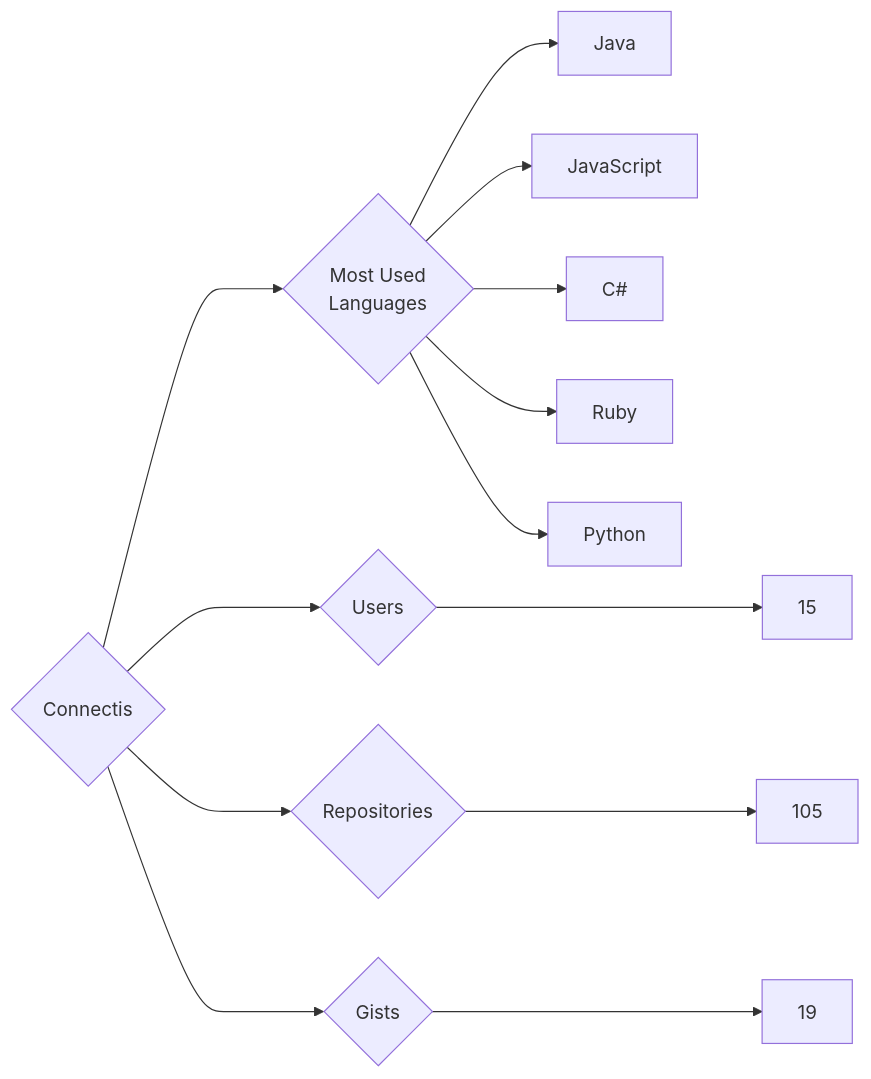
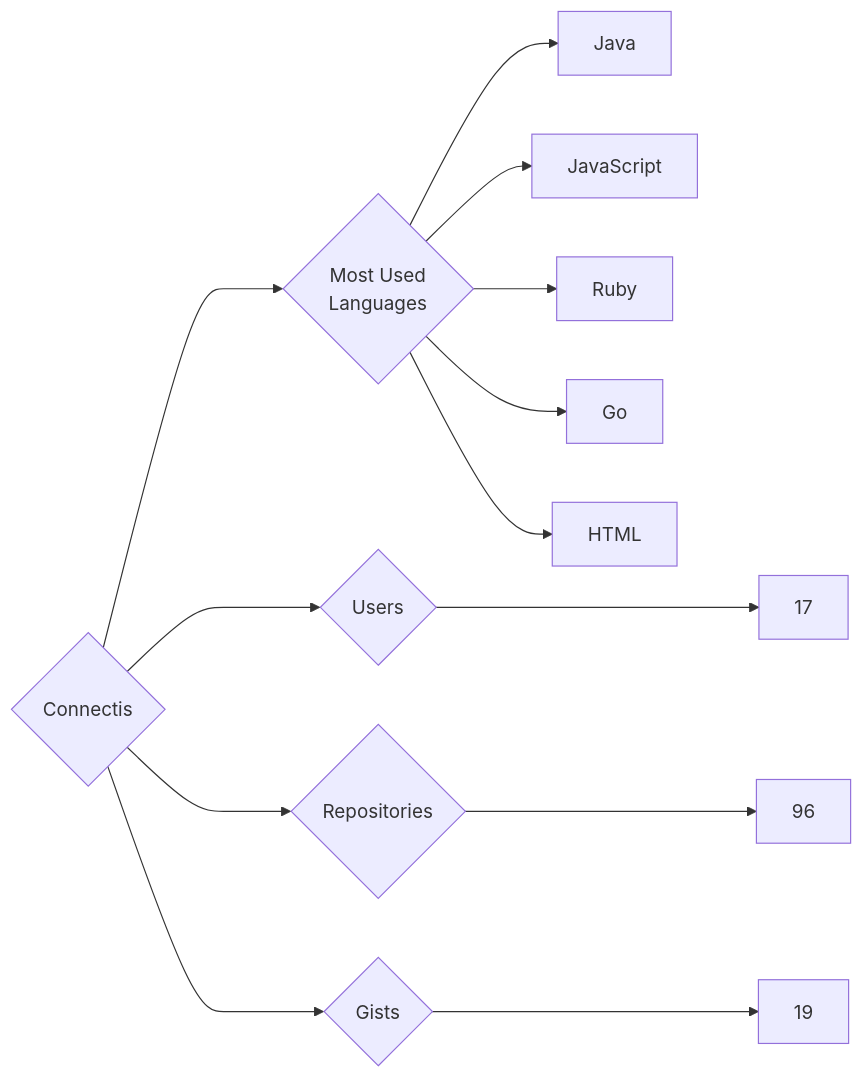
One commit to trickest/insiders changed the diagram in targets/Connectis/README.md. Above: the diagram before and after it, drawn with Mermaid. The commit also changed 916 other files, not shown here.

````diff
--- a/targets/Connectis/README.md
+++ b/targets/Connectis/README.md
@@ -3,13 +3,13 @@
 ```mermaid
 graph LR
 COMPANY_NAME{Connectis}
-COMPANY_NAME ---> U{Users} ---> UN[15]
-COMPANY_NAME ---> R{Repositories} ---> RN[105]
+COMPANY_NAME ---> U{Users} ---> UN[17]
+COMPANY_NAME ---> R{Repositories} ---> RN[96]
 COMPANY_NAME ---> G{Gists} ---> GN[19]
 COMPANY_NAME ---> ML{Most Used<br>Languages}
 ML --> Java[Java]
 ML --> JavaScript[JavaScript]
-ML --> C#[C#]
 ML --> Ruby[Ruby]
-ML --> Python[Python]
+ML --> Go[Go]
+ML --> HTML[HTML]
 ```
````
